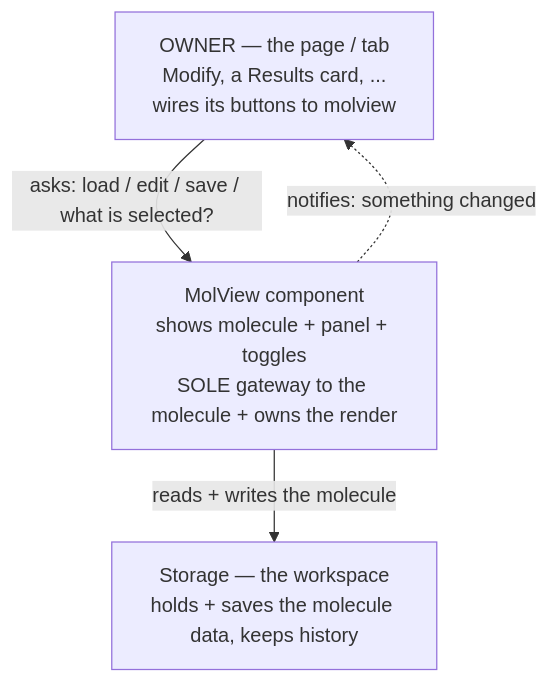
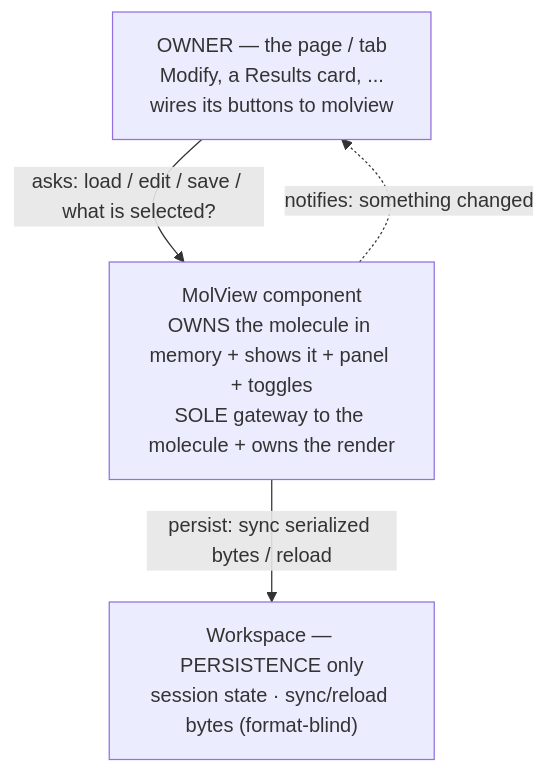
Before and after one commit to Qing-LAB/molbuilder: the first of 8 diagrams in docs/protocols/molview-module.md, drawn with Mermaid. The commit also changed other lines of this file and 34 other files, not shown here.

````diff
--- a/docs/protocols/molview-module.md
+++ b/docs/protocols/molview-module.md
@@ -34,9 +45,9 @@
 ```mermaid
 flowchart TD
     OWNER["OWNER — the page / tab<br/>Modify, a Results card, ...<br/>wires its buttons to molview"]
-    MV["MolView component<br/>shows molecule + panel + toggles<br/>SOLE gateway to the molecule + owns the render"]
-    WS["Storage — the workspace<br/>holds + saves the molecule data, keeps history"]
+    MV["MolView component<br/>OWNS the molecule in memory + shows it + panel + toggles<br/>SOLE gateway to the molecule + owns the render"]
+    WS["Workspace — PERSISTENCE only<br/>session state · sync/reload bytes (format-blind)"]
     OWNER -->|"asks: load / edit / save / what is selected?"| MV
-    MV -->|"reads + writes the molecule"| WS
+    MV -->|"persist: sync serialized bytes / reload"| WS
     MV -.->|"notifies: something changed"| OWNER
 ```
````
